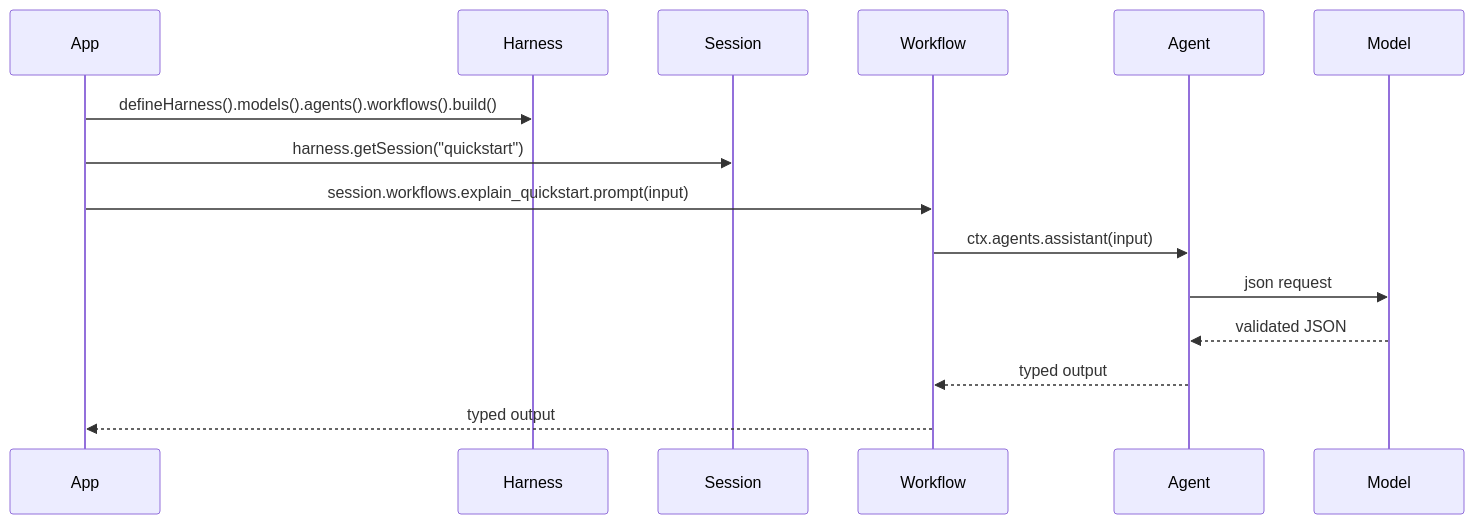
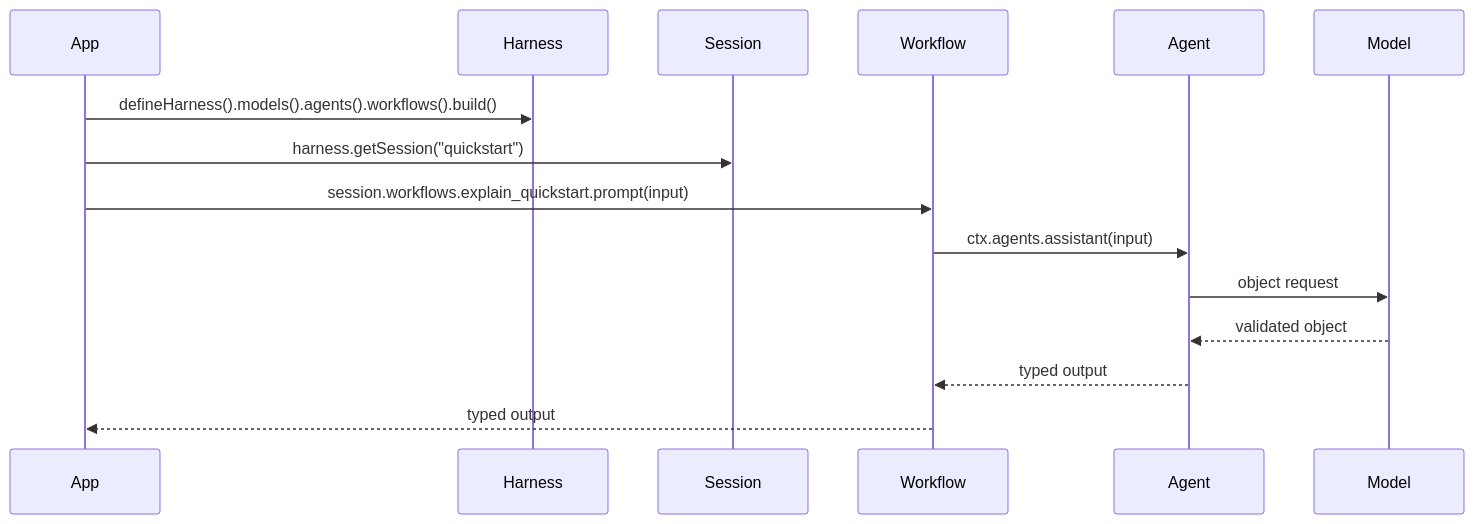
Before and after one commit to AdamBear/harness: the diagram in docs/getting-started/quickstart.md, drawn with Mermaid. The commit also changed 85 other files, not shown here.

````diff
--- a/docs/getting-started/quickstart.md
+++ b/docs/getting-started/quickstart.md
@@ -65,18 +65,18 @@
 ```mermaid
 sequenceDiagram
   participant App
   participant Harness
   participant Session
   participant Workflow
   participant Agent
   participant Model
 
   App->>Harness: defineHarness().models().agents().workflows().build()
   App->>Session: harness.getSession("quickstart")
   App->>Workflow: session.workflows.explain_quickstart.prompt(input)
   Workflow->>Agent: ctx.agents.assistant(input)
-  Agent->>Model: json request
-  Model-->>Agent: validated JSON
+  Agent->>Model: object request
+  Model-->>Agent: validated object
   Agent-->>Workflow: typed output
   Workflow-->>App: typed output
 ```
````
